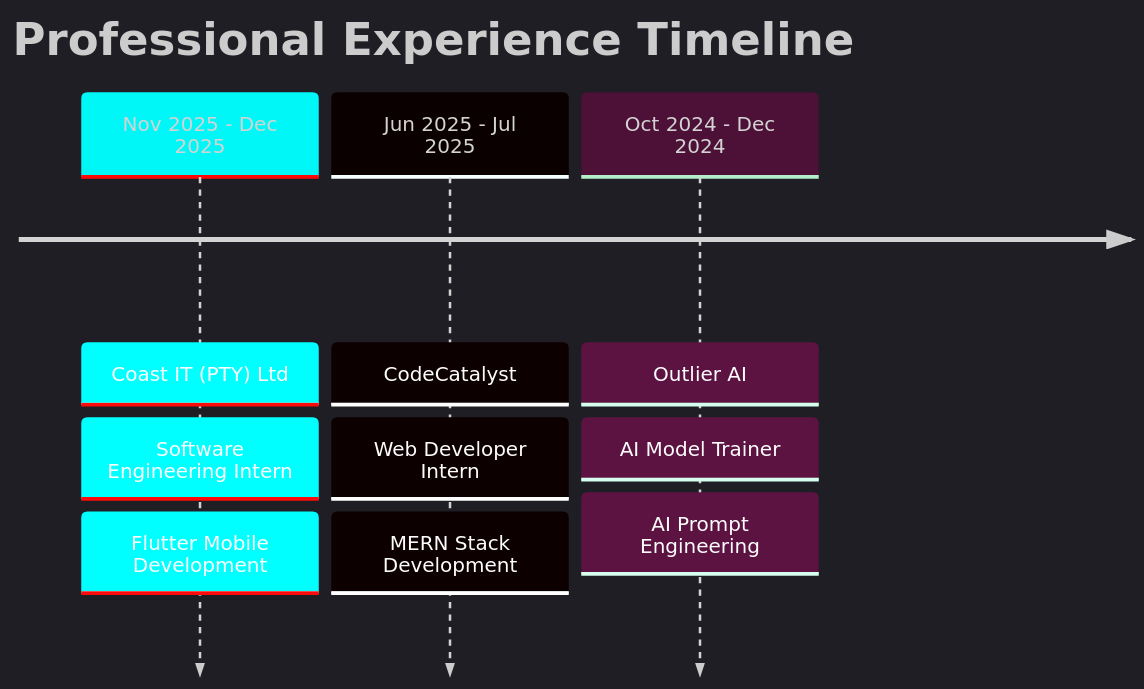
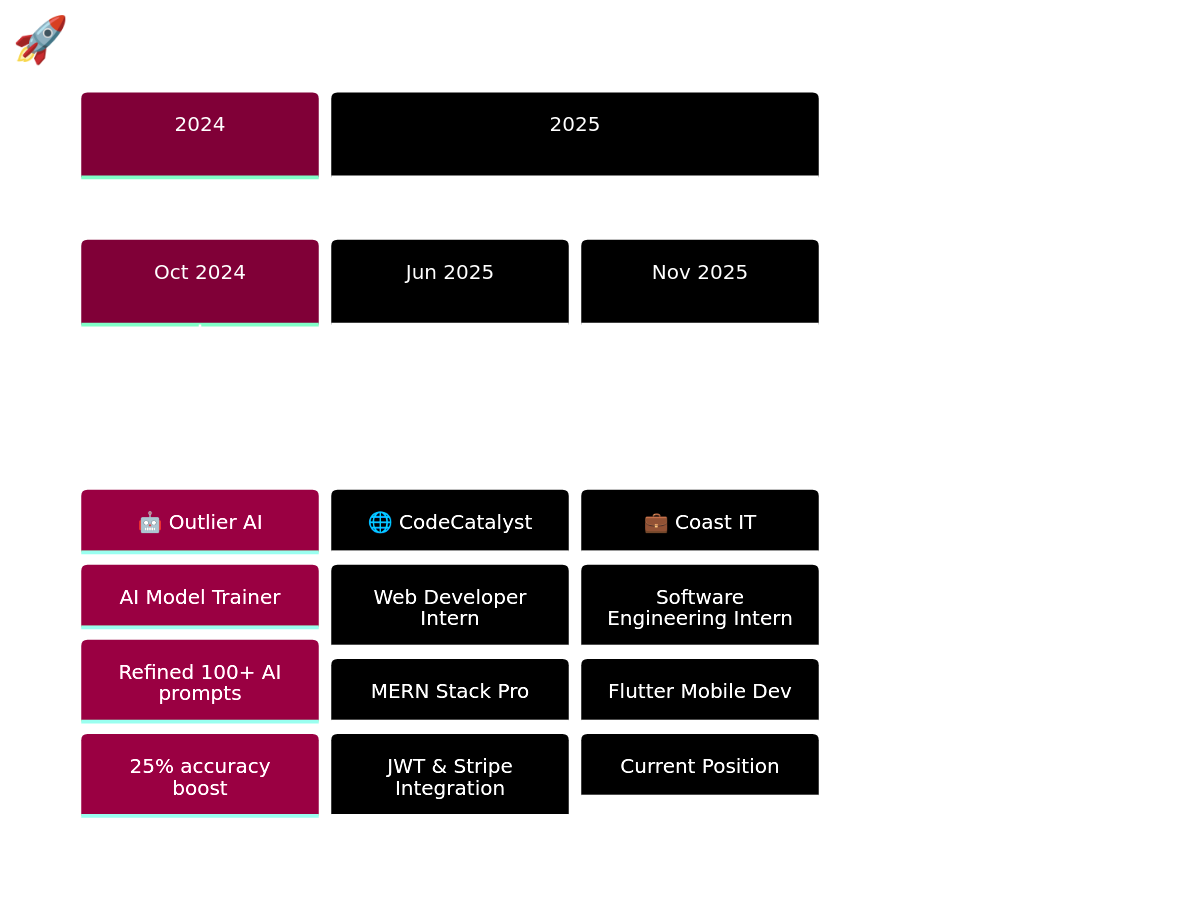
The diagram in README.md (NickiMash17/NickiMash17), drawn with Mermaid before and after one commit. The commit also changed other lines of this file, not shown here.

````diff
--- a/README.md
+++ b/README.md
@@ -265,8 +392,10 @@
 ```mermaid
-%%{init: {'theme':'dark', 'themeVariables': { 'primaryColor':'#00f7f7','primaryTextColor':'#fff','primaryBorderColor':'#00f7f7','lineColor':'#ff006e','secondaryColor':'#0a192f','tertiaryColor':'#00f7f7'}}}%%
+%%{init: {'theme':'base', 'themeVariables': { 'primaryColor':'#FF006E','primaryTextColor':'#fff','primaryBorderColor':'#FF006E','lineColor':'#00F7F7','secondaryColor':'#0a192f','tertiaryColor':'#FF006E','fontSize':'16px'}}}%%
 timeline
-    title Professional Experience Timeline
-    Nov 2025 - Dec 2025 : Coast IT (PTY) Ltd : Software Engineering Intern : Flutter Mobile Development
-    Jun 2025 - Jul 2025 : CodeCatalyst : Web Developer Intern : MERN Stack Development
-    Oct 2024 - Dec 2024 : Outlier AI : AI Model Trainer : AI Prompt Engineering
+    title 🚀 Career Timeline - Breaking Barriers in Tech
+    section 2024
+        Oct 2024 : 🤖 Outlier AI : AI Model Trainer : Refined 100+ AI prompts : 25% accuracy boost
+    section 2025
+        Jun 2025 : 🌐 CodeCatalyst : Web Developer Intern : MERN Stack Pro : JWT & Stripe Integration
+        Nov 2025 : 💼 Coast IT : Software Engineering Intern : Flutter Mobile Dev : Current Position
 ```
````
